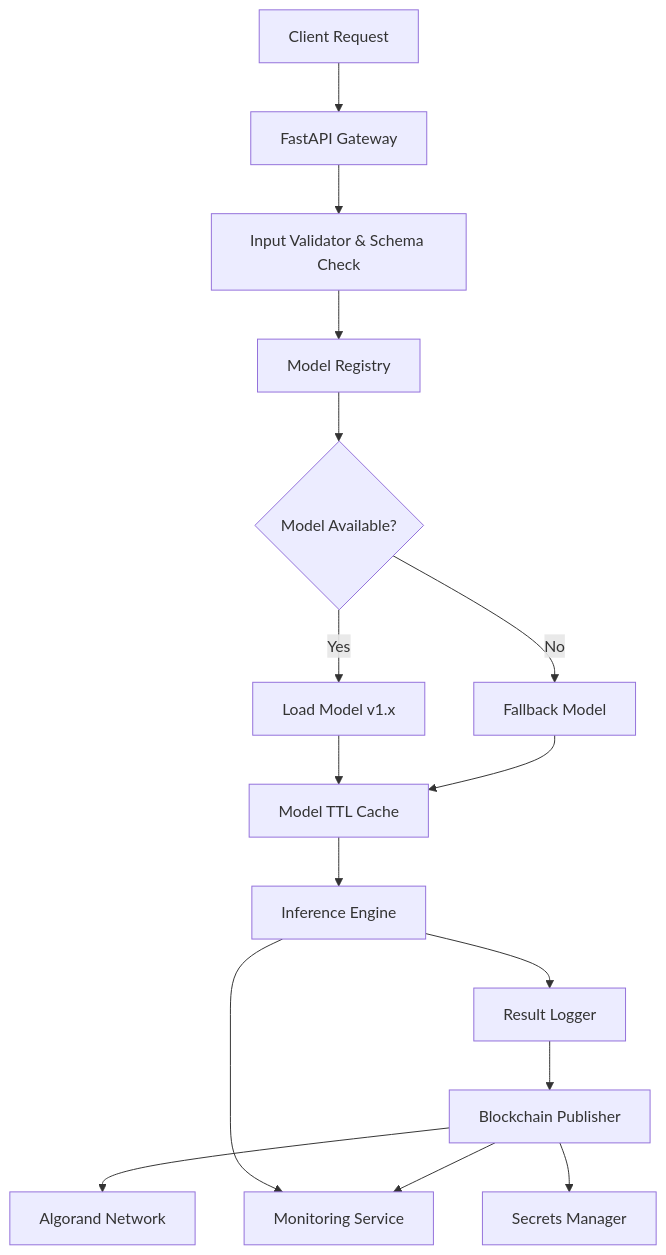
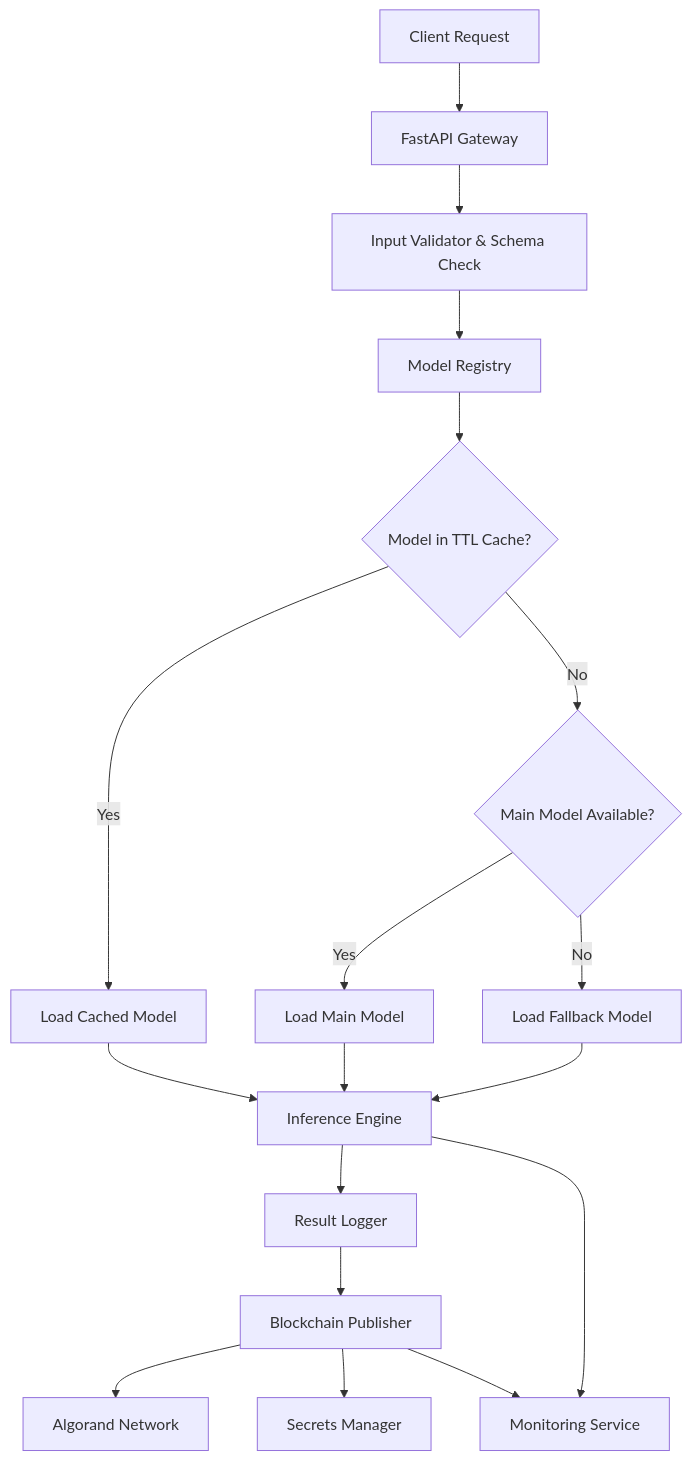
The diagram in README.md (AnVenDev/axiomatic_oracle), drawn with Mermaid before and after one commit.

````diff
--- a/README.md
+++ b/README.md
@@ -25,25 +25,25 @@
 ```mermaid
 graph TB
     A[Client Request] --> B[FastAPI Gateway]
-    B --> B1[Input Validator & Schema Check]
-    B1 --> C[Model Registry]
+    B --> C[Input Validator & Schema Check]
+    C --> D[Model Registry]
 
-    C --> C1{Model Available?}
-    C1 -- Yes --> D1[Load Model v1.x]
-    C1 -- No --> D2[Fallback Model]
+    D --> E{Model in TTL Cache?}
+    E -- Yes --> F[Load Cached Model]
+    E -- No --> G{Main Model Available?}
+    G -- Yes --> H[Load Main Model]
+    G -- No --> I[Load Fallback Model]
 
-    D1 --> E[Model TTL Cache]
-    D2 --> E
+    F --> J[Inference Engine]
+    H --> J
+    I --> J
 
-    E --> F[Inference Engine]
-    F --> G[Result Logger]
-    G --> H[Blockchain Publisher]
-    H --> I[Algorand Network]
+    J --> K[Result Logger]
+    K --> L[Blockchain Publisher]
+    L --> M[Algorand Network]
 
-    %% Monitoring
-    F --> M1[Monitoring Service]
-    H --> M1
-
-    %% Secrets
-    H --> S[Secrets Manager]
+    %% Parallels
+    L --> N[Secrets Manager]
+    J --> O[Monitoring Service]
+    L --> O
 ```
````
